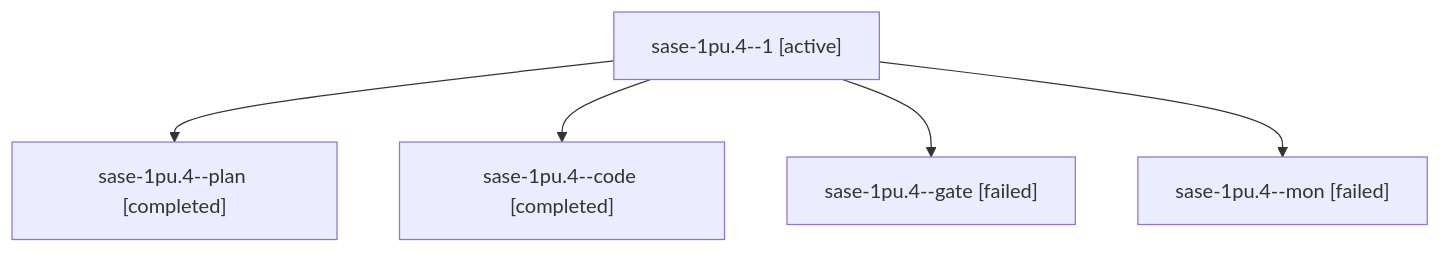
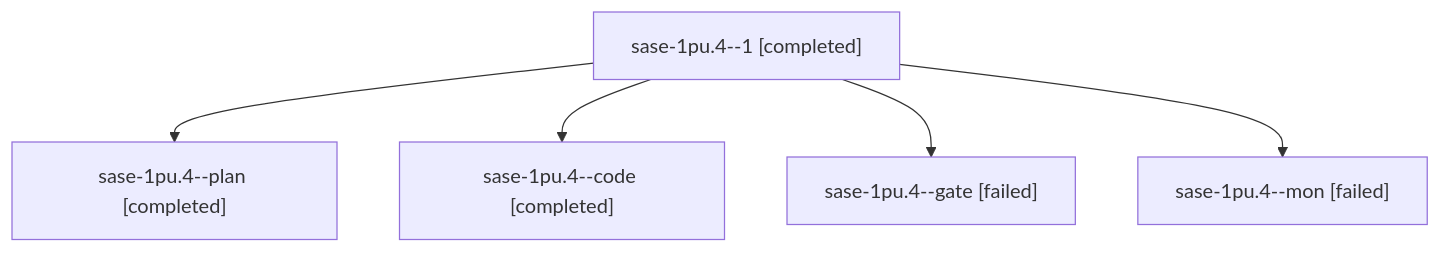
One commit to sase-org/sase--agents changed the diagram in sessions/bbugyi200.athena.sase-1pu.4.md. Above: the diagram before and after it, drawn with Mermaid. The commit also changed other lines of this file and 61 other files, not shown here.

````diff
--- a/sessions/bbugyi200.athena.sase-1pu.4.md
+++ b/sessions/bbugyi200.athena.sase-1pu.4.md
@@ -9,12 +9,12 @@
 ```mermaid
 flowchart TD
-  n0["sase-1pu.4--1 [active]"]
+  n0["sase-1pu.4--1 [completed]"]
   n1["sase-1pu.4--plan [completed]"]
   n0 --> n1
   n2["sase-1pu.4--code [completed]"]
   n0 --> n2
   n3["sase-1pu.4--gate [failed]"]
   n0 --> n3
   n4["sase-1pu.4--mon [failed]"]
   n0 --> n4
 ```
````
